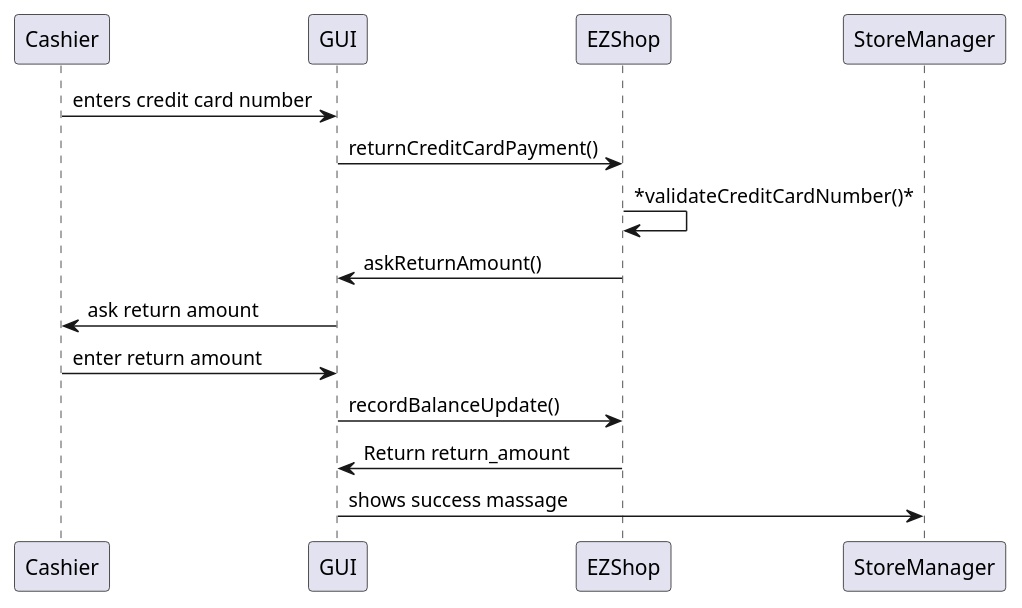
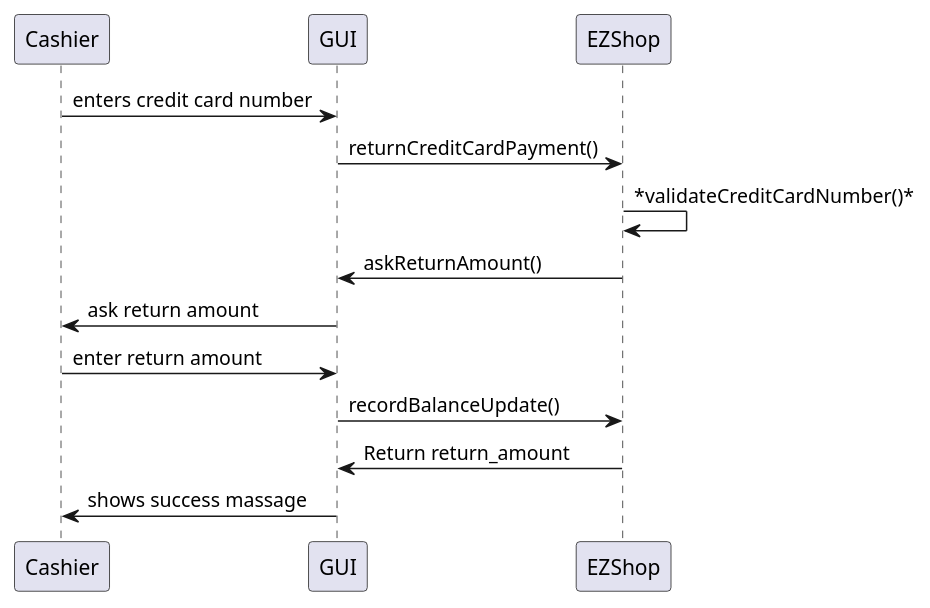
One commit to polito-se2-21-r03/se1-ezshop changed the sixth of 6 diagrams in Deliverables/DesignDocument.md. Above: the diagram before and after it, drawn with PlantUML.

Commit message:
sequence diagram 10.1 update

````diff
--- a/Deliverables/DesignDocument.md
+++ b/Deliverables/DesignDocument.md
@@ -377,14 +377,14 @@
 ```plantuml
 
 Cashier -> GUI: enters credit card number
 GUI -> EZShop: returnCreditCardPayment()
 EZShop -> EZShop: *validateCreditCardNumber()*
 EZShop -> GUI: askReturnAmount()
 GUI -> Cashier: ask return amount
 Cashier -> GUI: enter return amount
 GUI -> EZShop: recordBalanceUpdate()
 EZShop -> GUI: Return return_amount
-GUI -> StoreManager: shows success massage
+GUI -> Cashier: shows success massage
 
 
 ```
````
